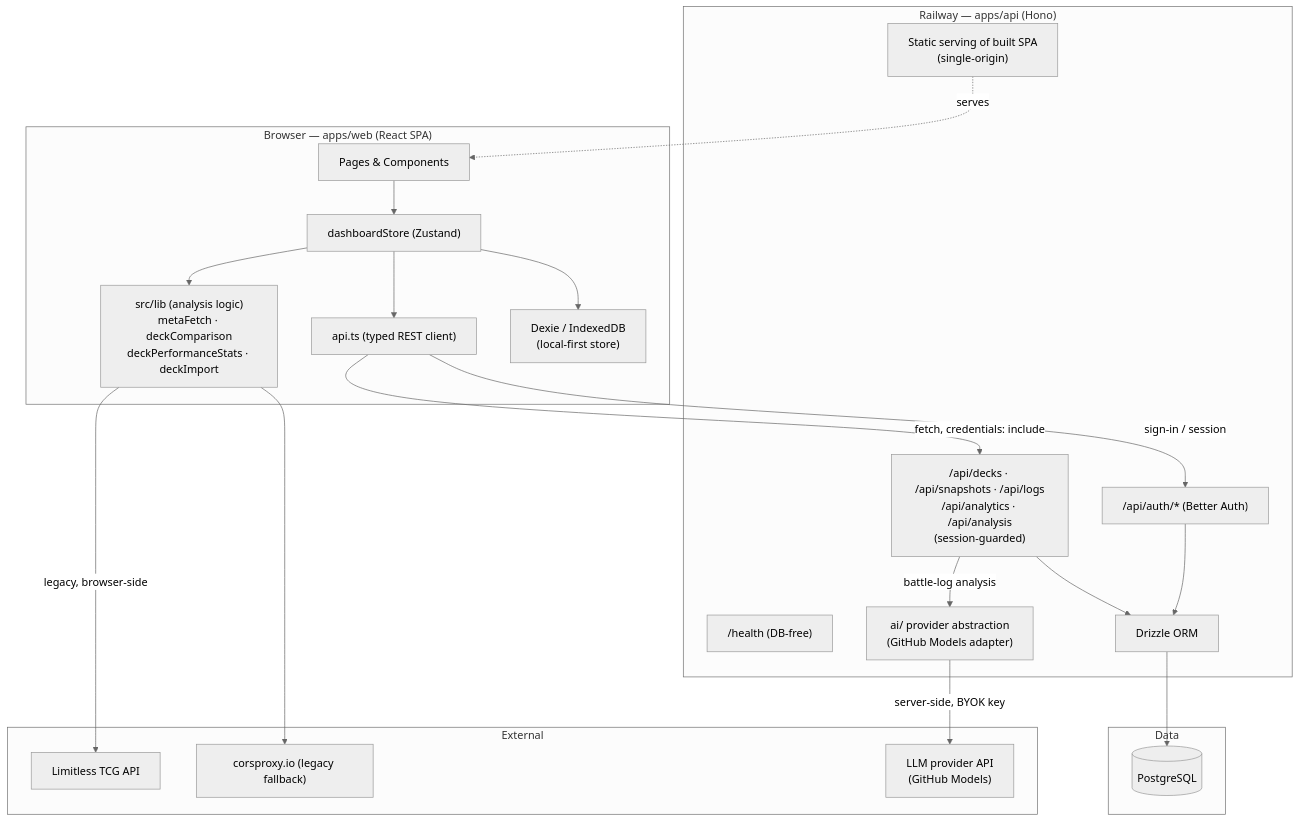
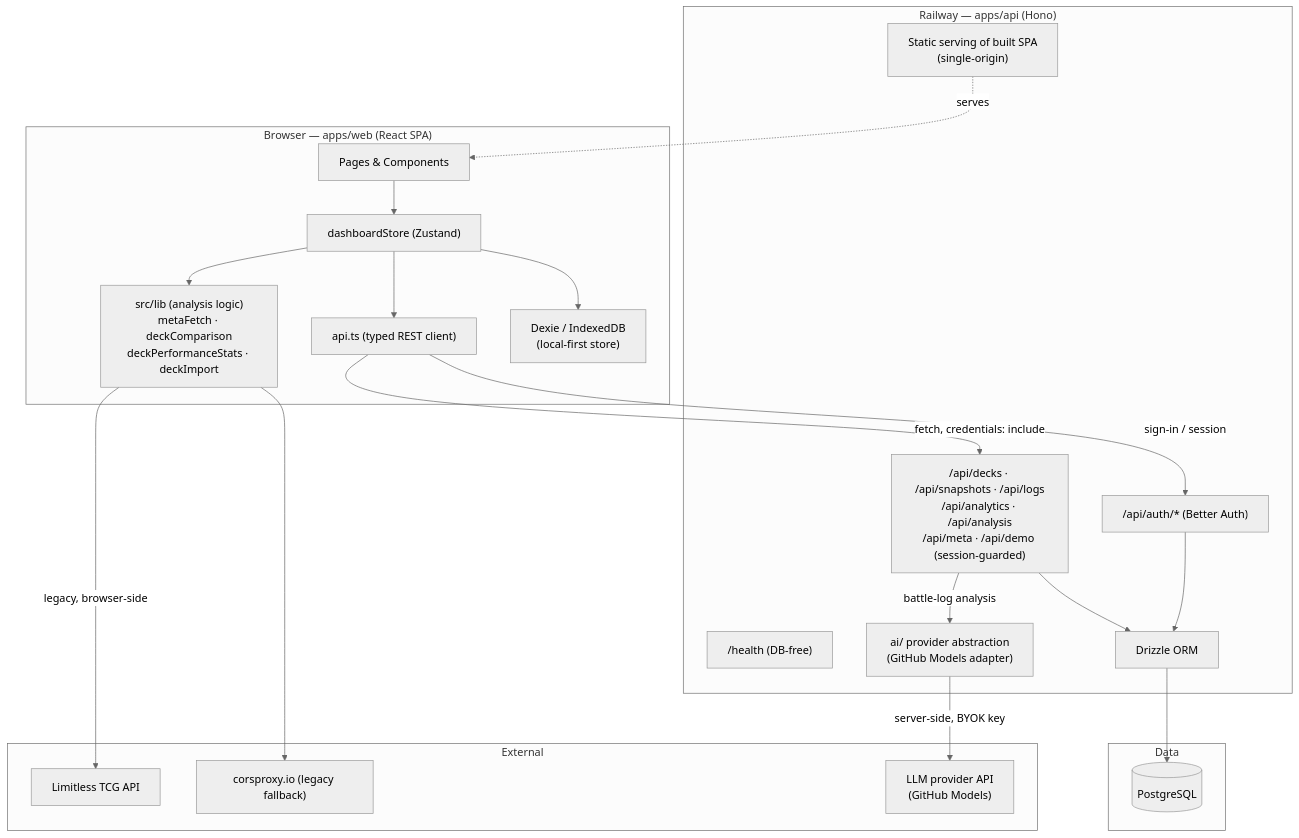
One commit to konradthiemann/Pokekon changed the first of 2 diagrams in docs/architecture.md. Above: the diagram before and after it, drawn with Mermaid (neutral theme). The commit also changed other lines of this file and 9 other files, not shown here.

````diff
--- a/docs/architecture.md
+++ b/docs/architecture.md
@@ -68,44 +68,44 @@
 ```mermaid
 flowchart TD
     subgraph Browser["Browser — apps/web (React SPA)"]
         UI["Pages & Components"]
         Store["dashboardStore (Zustand)"]
         Logic["src/lib (analysis logic)<br/>metaFetch · deckComparison<br/>deckPerformanceStats · deckImport"]
         ApiClient["api.ts (typed REST client)"]
         Dexie["Dexie / IndexedDB<br/>(local-first store)"]
     end
 
     subgraph Server["Railway — apps/api (Hono)"]
         Health["/health (DB-free)"]
         AuthH["/api/auth/* (Better Auth)"]
-        ApiRoutes["/api/decks · /api/snapshots · /api/logs<br/>/api/analytics · /api/analysis<br/>(session-guarded)"]
+        ApiRoutes["/api/decks · /api/snapshots · /api/logs<br/>/api/analytics · /api/analysis<br/>/api/meta · /api/demo (session-guarded)"]
         AiLayer["ai/ provider abstraction<br/>(GitHub Models adapter)"]
         Static["Static serving of built SPA<br/>(single-origin)"]
         Drizzle["Drizzle ORM"]
     end
 
     subgraph Data["Data"]
         PG[("PostgreSQL")]
     end
 
     subgraph External["External"]
         LimitlessAPI["Limitless TCG API"]
         CORSProxy["corsproxy.io (legacy fallback)"]
         LLMProvider["LLM provider API<br/>(GitHub Models)"]
     end
 
     UI --> Store
     Store --> ApiClient
     Store --> Dexie
     Store --> Logic
     ApiClient -->|"fetch, credentials: include"| ApiRoutes
     ApiClient -->|sign-in / session| AuthH
     Static -.serves.-> UI
     ApiRoutes --> Drizzle
     ApiRoutes -->|battle-log analysis| AiLayer
     AiLayer -->|"server-side, BYOK key"| LLMProvider
     AuthH --> Drizzle
     Drizzle --> PG
     Logic -->|legacy, browser-side| LimitlessAPI
     Logic --> CORSProxy
 ```
````
